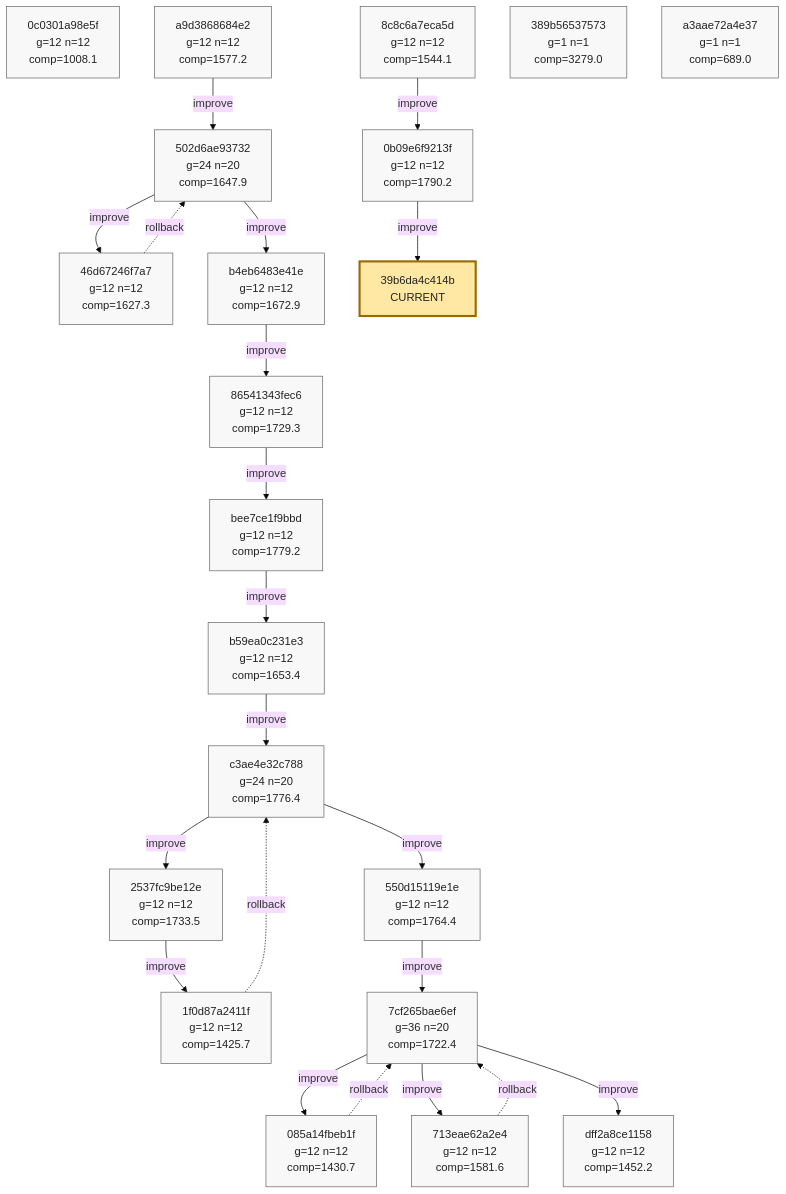
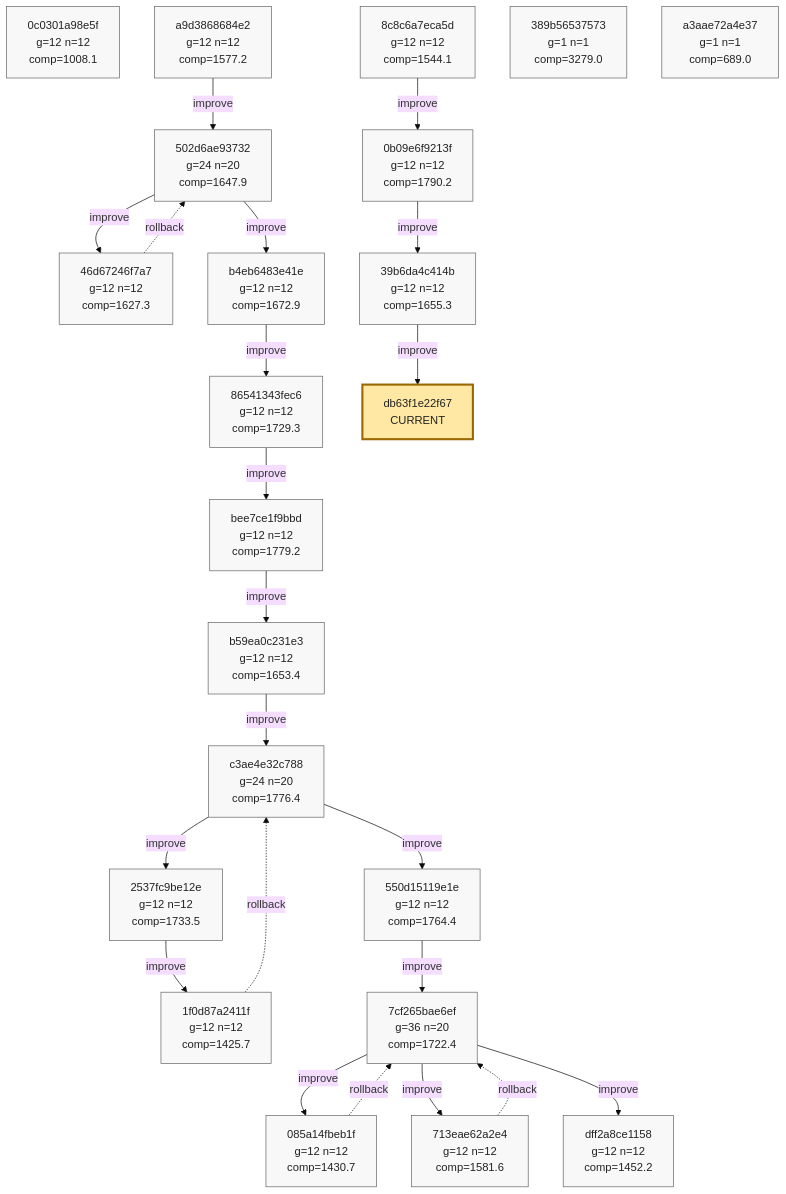
Before and after one commit to azumag/soviet_now: the tenth of 10 diagrams in phyrogenetic-tree.md, drawn with Mermaid (base theme). The commit also changed other lines of this file and 2 other files, not shown here.

Commit message:
eloop Improve after 12 games (scores: 1734 1116 2995 1696 1454 1807 1488 1193 1942 3779 1764 2231)

````diff
--- a/phyrogenetic-tree.md
+++ b/phyrogenetic-tree.md
@@ -2546,72 +2546,75 @@
 ```mermaid
 flowchart TD
     h_0c0301a98e5f["0c0301a98e5f<br/>g=12 n=12<br/>comp=1008.1"]
     h_a9d3868684e2["a9d3868684e2<br/>g=12 n=12<br/>comp=1577.2"]
     h_502d6ae93732["502d6ae93732<br/>g=24 n=20<br/>comp=1647.9"]
     h_46d67246f7a7["46d67246f7a7<br/>g=12 n=12<br/>comp=1627.3"]
     h_b4eb6483e41e["b4eb6483e41e<br/>g=12 n=12<br/>comp=1672.9"]
     h_86541343fec6["86541343fec6<br/>g=12 n=12<br/>comp=1729.3"]
     h_bee7ce1f9bbd["bee7ce1f9bbd<br/>g=12 n=12<br/>comp=1779.2"]
     h_b59ea0c231e3["b59ea0c231e3<br/>g=12 n=12<br/>comp=1653.4"]
     h_c3ae4e32c788["c3ae4e32c788<br/>g=24 n=20<br/>comp=1776.4"]
     h_2537fc9be12e["2537fc9be12e<br/>g=12 n=12<br/>comp=1733.5"]
     h_1f0d87a2411f["1f0d87a2411f<br/>g=12 n=12<br/>comp=1425.7"]
     h_550d15119e1e["550d15119e1e<br/>g=12 n=12<br/>comp=1764.4"]
     h_7cf265bae6ef["7cf265bae6ef<br/>g=36 n=20<br/>comp=1722.4"]
     h_085a14fbeb1f["085a14fbeb1f<br/>g=12 n=12<br/>comp=1430.7"]
     h_713eae62a2e4["713eae62a2e4<br/>g=12 n=12<br/>comp=1581.6"]
     h_dff2a8ce1158["dff2a8ce1158<br/>g=12 n=12<br/>comp=1452.2"]
     h_8c8c6a7eca5d["8c8c6a7eca5d<br/>g=12 n=12<br/>comp=1544.1"]
     h_0b09e6f9213f["0b09e6f9213f<br/>g=12 n=12<br/>comp=1790.2"]
+    h_39b6da4c414b["39b6da4c414b<br/>g=12 n=12<br/>comp=1655.3"]
     h_389b56537573["389b56537573<br/>g=1 n=1<br/>comp=3279.0"]
     h_a3aae72a4e37["a3aae72a4e37<br/>g=1 n=1<br/>comp=689.0"]
-    h_39b6da4c414b["39b6da4c414b<br/>CURRENT"]
+    h_db63f1e22f67["db63f1e22f67<br/>CURRENT"]
 
     h_a9d3868684e2 -->|improve| h_502d6ae93732
     h_502d6ae93732 -->|improve| h_46d67246f7a7
     h_46d67246f7a7 -. rollback .-> h_502d6ae93732
     h_502d6ae93732 -->|improve| h_b4eb6483e41e
     h_b4eb6483e41e -->|improve| h_86541343fec6
     h_86541343fec6 -->|improve| h_bee7ce1f9bbd
     h_bee7ce1f9bbd -->|improve| h_b59ea0c231e3
     h_b59ea0c231e3 -->|improve| h_c3ae4e32c788
     h_c3ae4e32c788 -->|improve| h_2537fc9be12e
     h_2537fc9be12e -->|improve| h_1f0d87a2411f
     h_1f0d87a2411f -. rollback .-> h_c3ae4e32c788
     h_c3ae4e32c788 -->|improve| h_550d15119e1e
     h_550d15119e1e -->|improve| h_7cf265bae6ef
     h_7cf265bae6ef -->|improve| h_085a14fbeb1f
     h_085a14fbeb1f -. rollback .-> h_7cf265bae6ef
     h_7cf265bae6ef -->|improve| h_713eae62a2e4
     h_713eae62a2e4 -. rollback .-> h_7cf265bae6ef
     h_7cf265bae6ef -->|improve| h_dff2a8ce1158
     h_8c8c6a7eca5d -->|improve| h_0b09e6f9213f
     h_0b09e6f9213f -->|improve| h_39b6da4c414b
+    h_39b6da4c414b -->|improve| h_db63f1e22f67
 
     classDef plain fill:#f8f8f8,stroke:#666,stroke-width:1px,color:#222;
     classDef current fill:#ffe8a3,stroke:#9a6700,stroke-width:3px,color:#222;
     classDef anchor fill:#d7f5dd,stroke:#1f6f43,stroke-width:3px,color:#222;
     classDef current_anchor fill:#f3e4a8,stroke:#1f6f43,stroke-width:4px,color:#222;
 
     class h_0c0301a98e5f plain;
     class h_a9d3868684e2 plain;
     class h_502d6ae93732 plain;
     class h_46d67246f7a7 plain;
     class h_b4eb6483e41e plain;
     class h_86541343fec6 plain;
     class h_bee7ce1f9bbd plain;
     class h_b59ea0c231e3 plain;
     class h_c3ae4e32c788 plain;
     class h_2537fc9be12e plain;
     class h_1f0d87a2411f plain;
     class h_550d15119e1e plain;
     class h_7cf265bae6ef plain;
     class h_085a14fbeb1f plain;
     class h_713eae62a2e4 plain;
     class h_dff2a8ce1158 plain;
     class h_8c8c6a7eca5d plain;
     class h_0b09e6f9213f plain;
+    class h_39b6da4c414b plain;
     class h_389b56537573 plain;
     class h_a3aae72a4e37 plain;
-    class h_39b6da4c414b current;
+    class h_db63f1e22f67 current;
 ```
````
